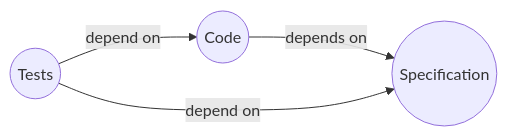
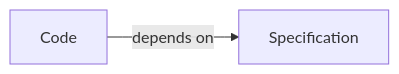
Before and after one commit to sd4483/Obsidian: the diagram in Software Testing/Introduction to Software Testing.md, drawn with Mermaid.

Commit message:
vault backup: 2023-02-27 12:53:27

````diff
--- a/Software Testing/Introduction to Software Testing.md
+++ b/Software Testing/Introduction to Software Testing.md
@@ -47,7 +47,4 @@
 	```mermaid
 	flowchart LR
-		idcode((Code)) -- depends on --> idspec((Specification))
-			direction BT
-			idtest((Tests)) -- depend on --> idcode
-			idtest -- depend on --> idspec
+		C[Code] --> | depends on | S[Specification]
 	```
````
